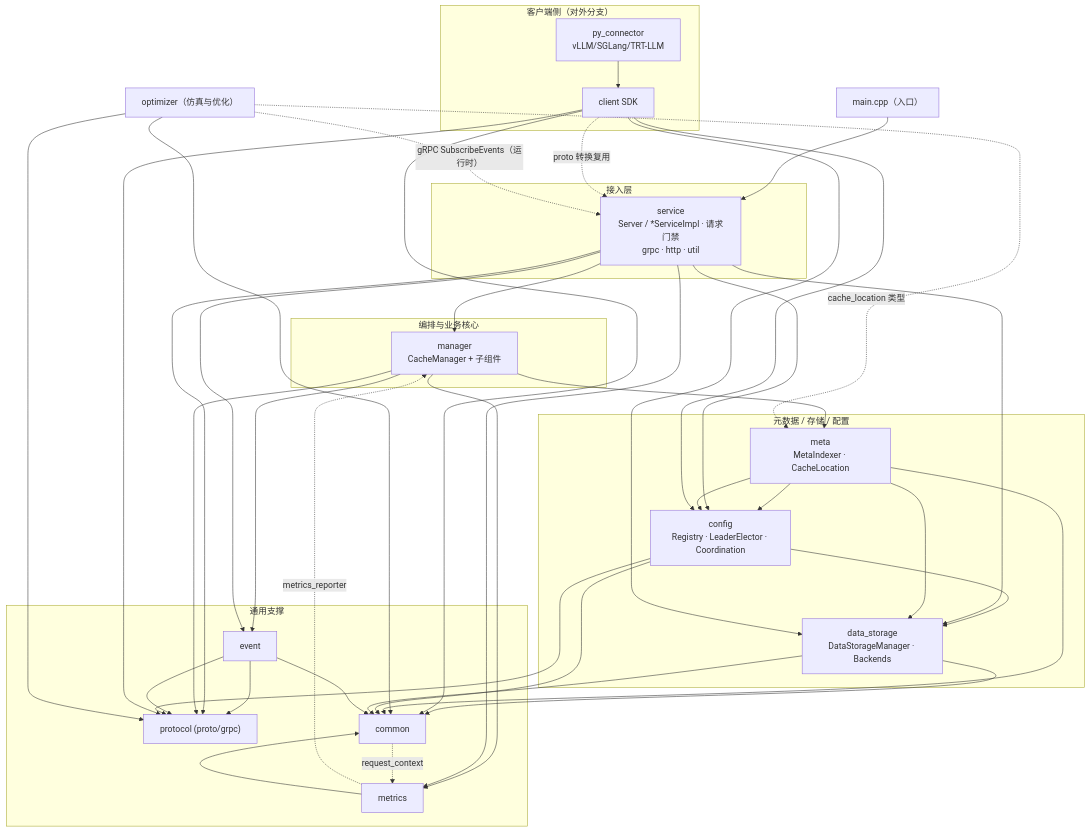
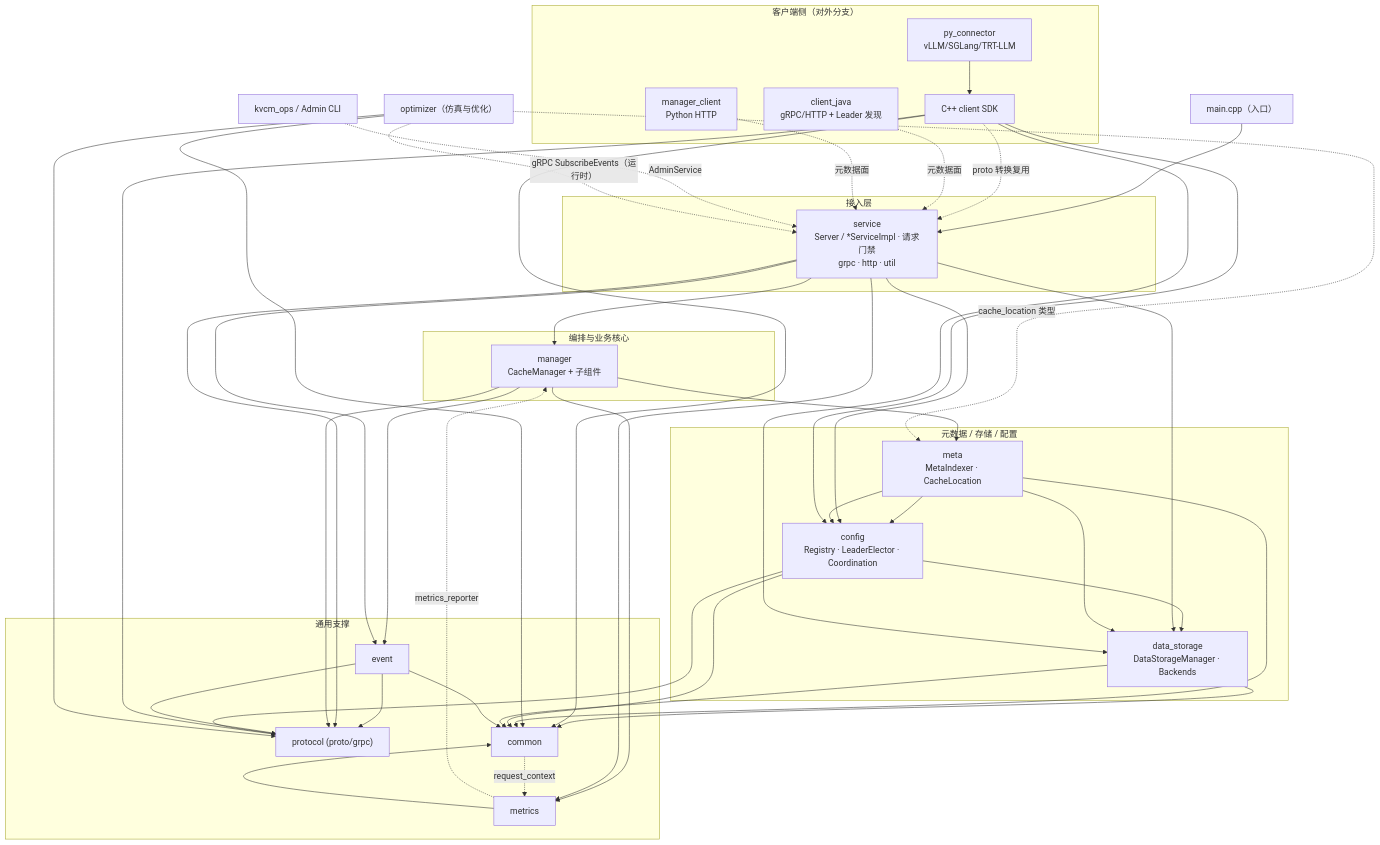
The first of 3 diagrams in docs/design/module_architecture.md (alibaba/tair-kvcache), drawn with Mermaid before and after one commit. The commit also changed other lines of this file and 17 other files, not shown here.

First line of the commit message:
[docs] refresh architecture diagrams and README module overview

```diff
--- a/docs/design/module_architecture.md
+++ b/docs/design/module_architecture.md
@@ -127,11 +158,14 @@
     end
 
     subgraph clientside["客户端侧（对外分支）"]
-        client["client SDK"]
+        client["C++ client SDK"]
         py_connector["py_connector<br/>vLLM/SGLang/TRT-LLM"]
+        client_java["client_java<br/>gRPC/HTTP + Leader 发现"]
+        manager_client["manager_client<br/>Python HTTP"]
     end
 
     optimizer["optimizer（仿真与优化）"]
+    ops["kvcm_ops / Admin CLI"]
 
     %% 核心下降链（控制流）
     main --> service --> manager --> meta --> config --> data_storage --> common
@@ -162,6 +196,11 @@
     client --> protocol
     client --> common
     client -. proto 转换复用 .-> service
+    client_java -. 元数据面 .-> service
+    manager_client -. 元数据面 .-> service
+
+    %% 运维工具
+    ops -. AdminService .-> service
 
     %% optimizer 的关联
     optimizer -. cache_location 类型 .-> meta
```
